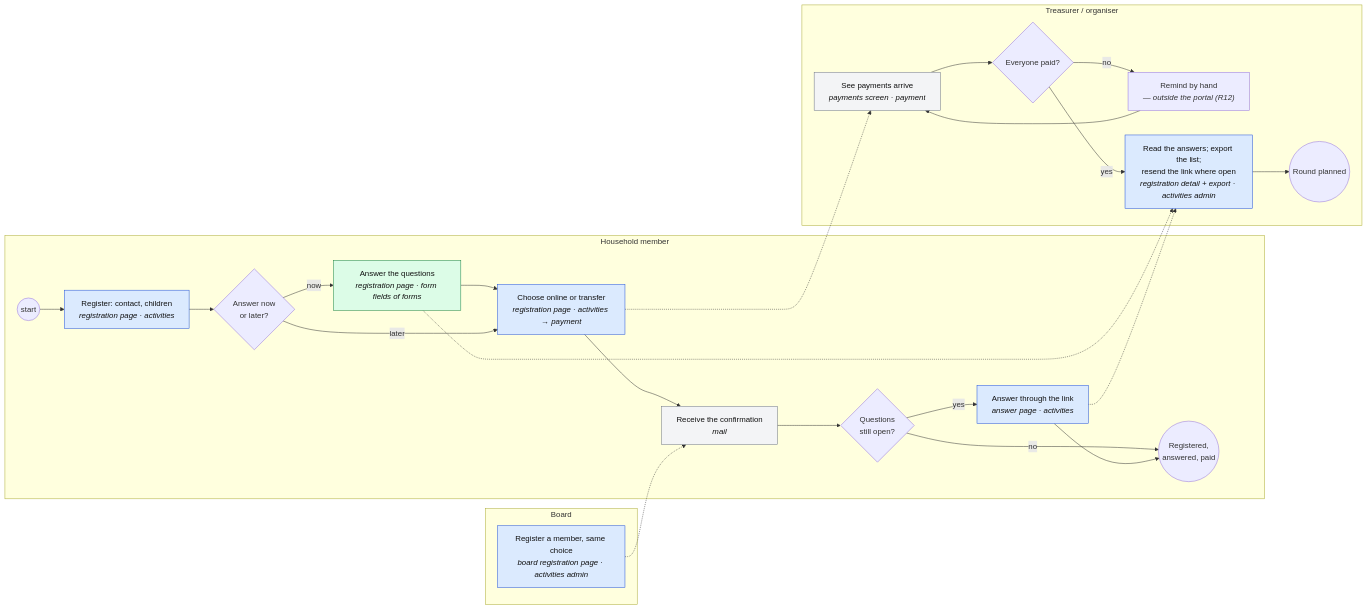
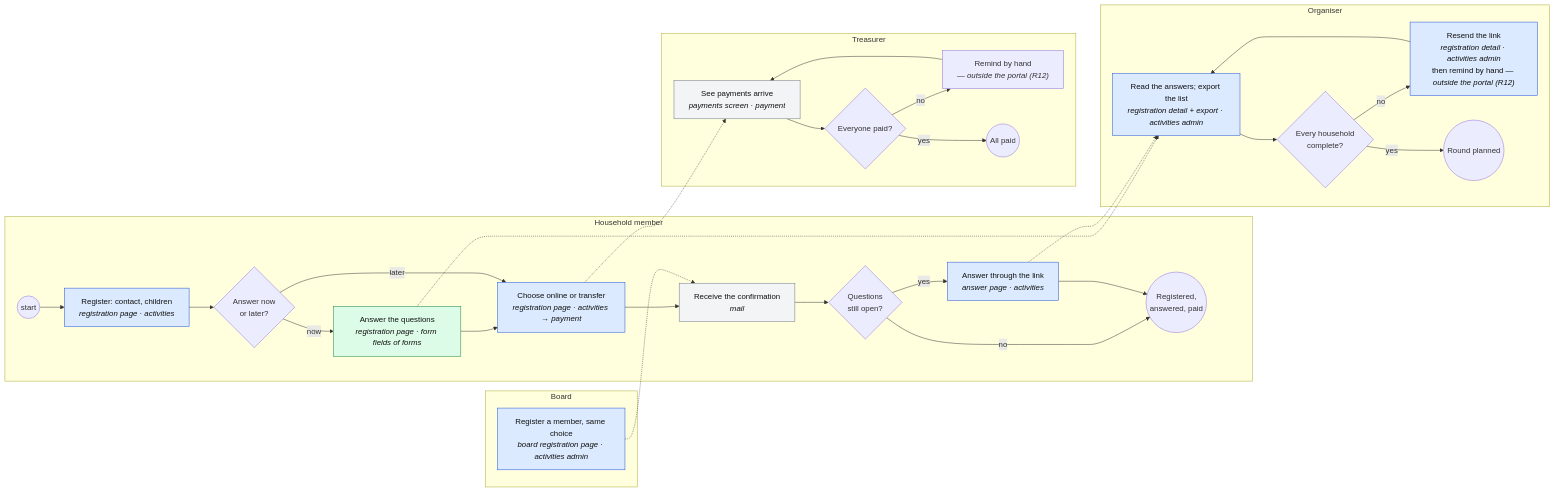
One commit to KoenRenders/KoenTest changed the fourth of 6 diagrams in docs/change_request_14_registration_questions.md. Above: the diagram before and after it, drawn with Mermaid. The commit also changed other lines of this file, not shown here.

First line of the commit message:
docs(cr-14): three lanes — the treasurer follows the payments, the organiser the completeness of the questionnaire (A2, A3, B2.1)

````diff
--- a/docs/change_request_14_registration_questions.md
+++ b/docs/change_request_14_registration_questions.md
@@ -292,35 +306,40 @@
 ```mermaid
 flowchart LR
   subgraph member["Household member"]
     m0((start)) --> m1["Register: contact, children<br/><i>registration page · activities</i>"]
     m1 --> m2{Answer now<br/>or later?}
     m2 -- now --> m3["Answer the questions<br/><i>registration page · form fields of forms</i>"]
     m3 --> m4["Choose online or transfer<br/><i>registration page · activities → payment</i>"]
     m2 -- later --> m4
     m4 --> m5["Receive the confirmation<br/><i>mail</i>"]
     m5 --> m6{Questions<br/>still open?}
     m6 -- yes --> m7["Answer through the link<br/><i>answer page · activities</i>"]
     m6 -- no --> m8
     m7 --> m8((Registered,<br/>answered, paid))
   end
   subgraph board["Board"]
     b1["Register a member, same choice<br/><i>board registration page · activities admin</i>"]
   end
-  subgraph treasurer["Treasurer / organiser"]
+  subgraph treasurer["Treasurer"]
     t1["See payments arrive<br/><i>payments screen · payment</i>"] --> t2{Everyone paid?}
     t2 -- no --> t3["Remind by hand<br/><i>— outside the portal (R12)</i>"]
     t3 --> t1
-    t2 -- yes --> t4["Read the answers; export the list;<br/>resend the link where open<br/><i>registration detail + export · activities admin</i>"]
-    t4 --> t5((Round planned))
+    t2 -- yes --> t4((All paid))
+  end
+  subgraph organiser2["Organiser"]
+    o1["Read the answers; export the list<br/><i>registration detail + export · activities admin</i>"] --> o2{Every household<br/>complete?}
+    o2 -- no --> o3["Resend the link<br/><i>registration detail · activities admin</i><br/>then remind by hand <i>— outside the portal (R12)</i>"]
+    o3 --> o1
+    o2 -- yes --> o4((Round planned))
   end
   m4 -.-> t1
   b1 -.-> m5
-  m3 -.-> t4
-  m7 -.-> t4
+  m3 -.-> o1
+  m7 -.-> o1
   classDef act fill:#dbeafe,stroke:#1d4ed8,color:#111
   classDef frm fill:#dcfce7,stroke:#15803d,color:#111
   classDef oth fill:#f3f4f6,stroke:#6b7280,color:#111
-  class m1,m4,m7,b1,t4 act
+  class m1,m4,m7,b1,o1,o3 act
   class m3 frm
   class m5,t1 oth
 ```
````
